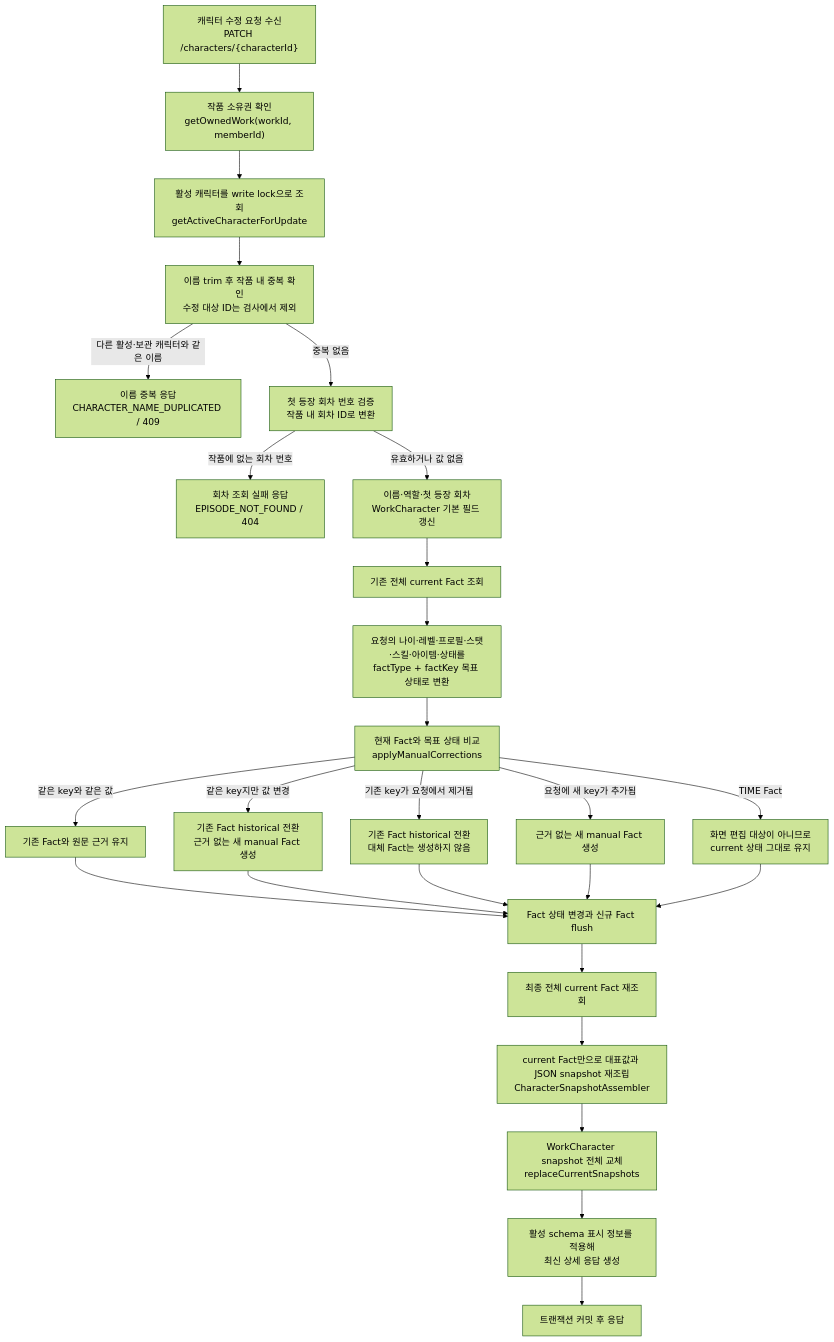
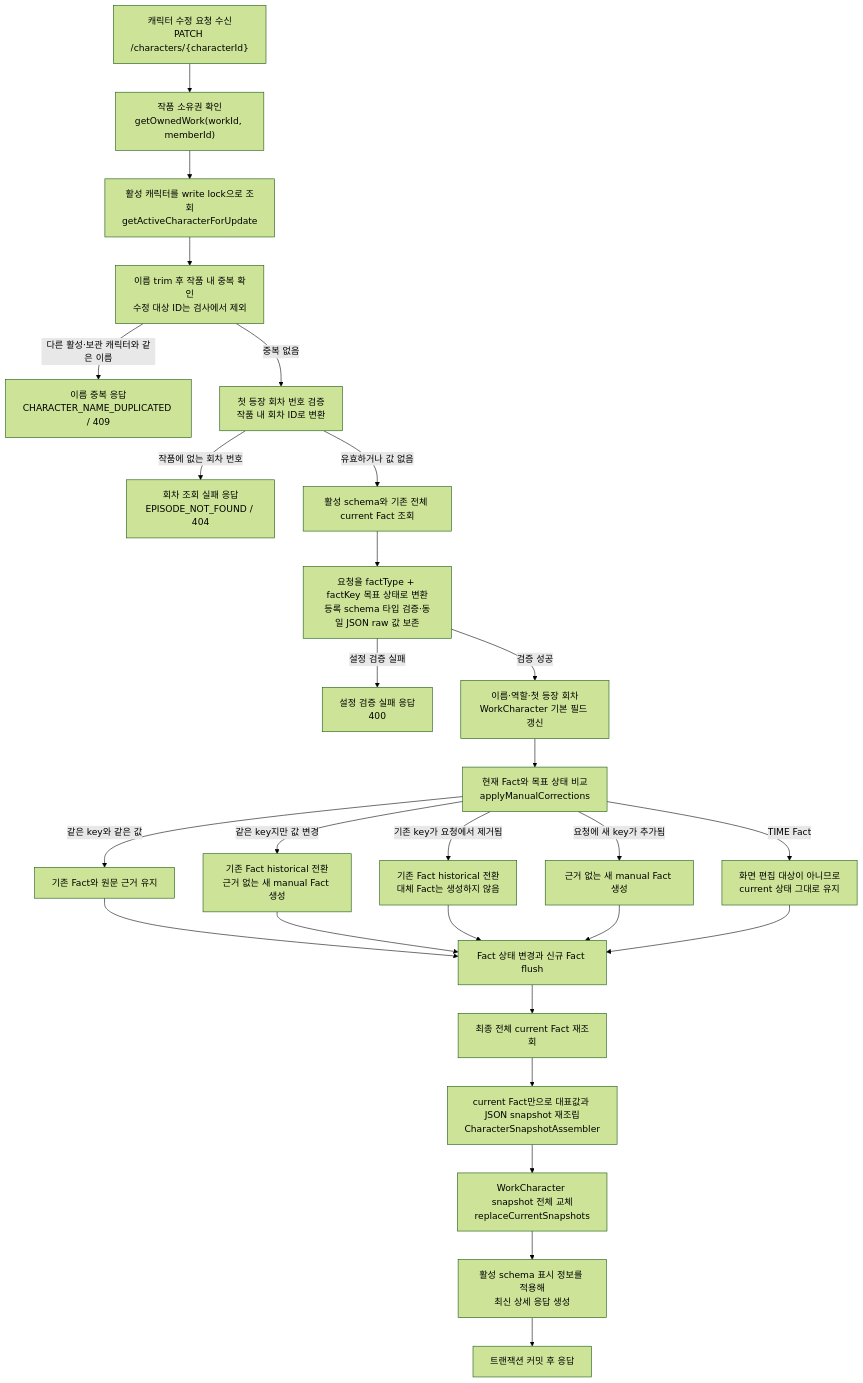
Before and after one commit to catchhole-soma/catchhole-backend-java: the first of 8 diagrams in docs/character.md, drawn with Mermaid (forest theme). The commit also changed other lines of this file and 4 other files, not shown here.

````diff
--- a/docs/character.md
+++ b/docs/character.md
@@ -525,31 +525,31 @@
 ```mermaid
 flowchart TD
     A["캐릭터 수정 요청 수신<br/>PATCH /characters/{characterId}"] --> B["작품 소유권 확인<br/>getOwnedWork(workId, memberId)"]
     B --> C["활성 캐릭터를 write lock으로 조회<br/>getActiveCharacterForUpdate"]
     C --> D["이름 trim 후 작품 내 중복 확인<br/>수정 대상 ID는 검사에서 제외"]
     D -->|"다른 활성·보관 캐릭터와 같은 이름"| X1["이름 중복 응답<br/>CHARACTER_NAME_DUPLICATED / 409"]
     D -->|"중복 없음"| E["첫 등장 회차 번호 검증<br/>작품 내 회차 ID로 변환"]
     E -->|"작품에 없는 회차 번호"| X2["회차 조회 실패 응답<br/>EPISODE_NOT_FOUND / 404"]
-    E -->|"유효하거나 값 없음"| F["이름·역할·첫 등장 회차<br/>WorkCharacter 기본 필드 갱신"]
-
-    F --> G["기존 전체 current Fact 조회"]
-    G --> H["요청의 나이·레벨·프로필·스탯·스킬·아이템·상태를<br/>factType + factKey 목표 상태로 변환"]
+    E -->|"유효하거나 값 없음"| F["활성 schema와 기존 전체 current Fact 조회"]
+    F --> G["요청을 factType + factKey 목표 상태로 변환<br/>등록 schema 타입 검증·동일 JSON raw 값 보존"]
+    G -->|"설정 검증 실패"| X3["설정 검증 실패 응답<br/>400"]
+    G -->|"검증 성공"| H["이름·역할·첫 등장 회차<br/>WorkCharacter 기본 필드 갱신"]
     H --> I["현재 Fact와 목표 상태 비교<br/>applyManualCorrections"]
 
     I -->|"같은 key와 같은 값"| I1["기존 Fact와 원문 근거 유지"]
     I -->|"같은 key지만 값 변경"| I2["기존 Fact historical 전환<br/>근거 없는 새 manual Fact 생성"]
     I -->|"기존 key가 요청에서 제거됨"| I3["기존 Fact historical 전환<br/>대체 Fact는 생성하지 않음"]
     I -->|"요청에 새 key가 추가됨"| I4["근거 없는 새 manual Fact 생성"]
     I -->|"TIME Fact"| I5["화면 편집 대상이 아니므로<br/>current 상태 그대로 유지"]
 
     I1 --> J["Fact 상태 변경과 신규 Fact flush"]
     I2 --> J
     I3 --> J
     I4 --> J
     I5 --> J
     J --> K["최종 전체 current Fact 재조회"]
     K --> L["current Fact만으로 대표값과 JSON snapshot 재조립<br/>CharacterSnapshotAssembler"]
     L --> M["WorkCharacter snapshot 전체 교체<br/>replaceCurrentSnapshots"]
     M --> N["활성 schema 표시 정보를 적용해<br/>최신 상세 응답 생성"]
     N --> O["트랜잭션 커밋 후 응답"]
 ```
````
